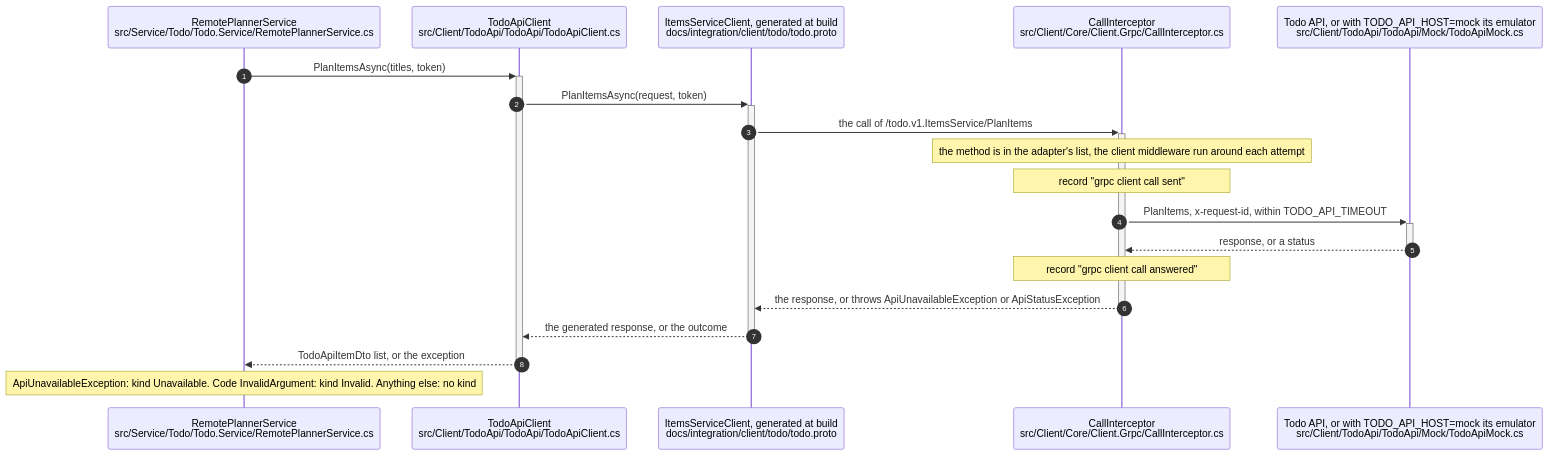
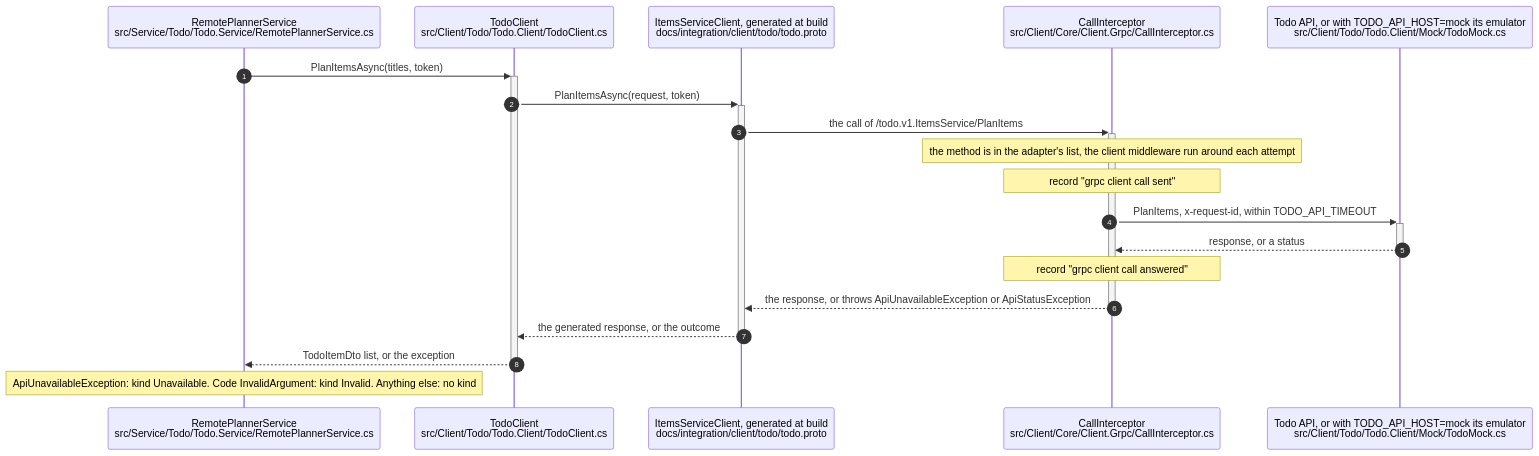
Before and after one commit to InsonusK/ai-skills: the diagram in library/architecture/dotnet/vp-grpc-client-in-dotnet.skill/diagrams/example-flow.mmd, drawn with Mermaid. The commit also changed 97 other files, not shown here.

```diff
--- a/library/architecture/dotnet/vp-grpc-client-in-dotnet.skill/diagrams/example-flow.mmd
+++ b/library/architecture/dotnet/vp-grpc-client-in-dotnet.skill/diagrams/example-flow.mmd
@@ -1,20 +1,20 @@
 sequenceDiagram
     autonumber
     participant Service as RemotePlannerService<br/>src/Service/Todo/Todo.Service/RemotePlannerService.cs
-    participant Adapter as TodoApiClient<br/>src/Client/TodoApi/TodoApi/TodoApiClient.cs
+    participant Adapter as TodoClient<br/>src/Client/Todo/Todo.Client/TodoClient.cs
     participant Stub as ItemsServiceClient, generated at build<br/>docs/integration/client/todo/todo.proto
     participant Interceptor as CallInterceptor<br/>src/Client/Core/Client.Grpc/CallInterceptor.cs
-    participant API as Todo API, or with TODO_API_HOST=mock its emulator<br/>src/Client/TodoApi/TodoApi/Mock/TodoApiMock.cs
+    participant API as Todo API, or with TODO_API_HOST=mock its emulator<br/>src/Client/Todo/Todo.Client/Mock/TodoMock.cs
 
     Service->>+Adapter: PlanItemsAsync(titles, token)
     Adapter->>+Stub: PlanItemsAsync(request, token)
     Stub->>+Interceptor: the call of /todo.v1.ItemsService/PlanItems
     Note over Interceptor: the method is in the adapter's list, the client middleware run around each attempt
     Note over Interceptor: record "grpc client call sent"
     Interceptor->>+API: PlanItems, x-request-id, within TODO_API_TIMEOUT
     API-->>-Interceptor: response, or a status
     Note over Interceptor: record "grpc client call answered"
     Interceptor-->>-Stub: the response, or throws ApiUnavailableException or ApiStatusException
     Stub-->>-Adapter: the generated response, or the outcome
-    Adapter-->>-Service: TodoApiItemDto list, or the exception
+    Adapter-->>-Service: TodoItemDto list, or the exception
     Note over Service: ApiUnavailableException: kind Unavailable. Code InvalidArgument: kind Invalid. Anything else: no kind
```
